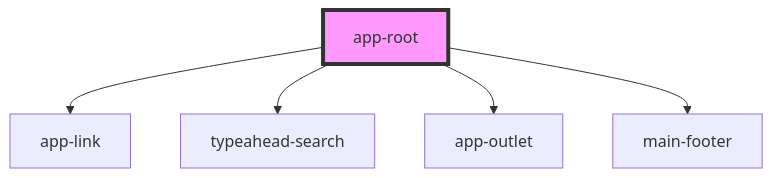
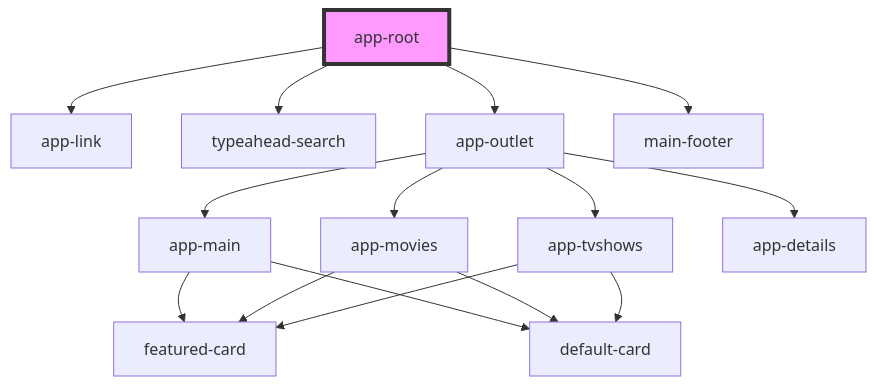
One commit to upstroke/tmdb-stencil-frontend changed the diagram in src/components/readme.md. Above: the diagram before and after it, drawn with Mermaid. The commit also changed 5 other files, not shown here.

````diff
--- a/src/components/readme.md
+++ b/src/components/readme.md
@@ -18,8 +18,18 @@
 ```mermaid
 graph TD;
   app-root --> app-link
   app-root --> typeahead-search
   app-root --> app-outlet
   app-root --> main-footer
+  app-outlet --> app-main
+  app-outlet --> app-movies
+  app-outlet --> app-tvshows
+  app-outlet --> app-details
+  app-main --> featured-card
+  app-main --> default-card
+  app-movies --> featured-card
+  app-movies --> default-card
+  app-tvshows --> featured-card
+  app-tvshows --> default-card
   style app-root fill:#f9f,stroke:#333,stroke-width:4px
 ```
````
